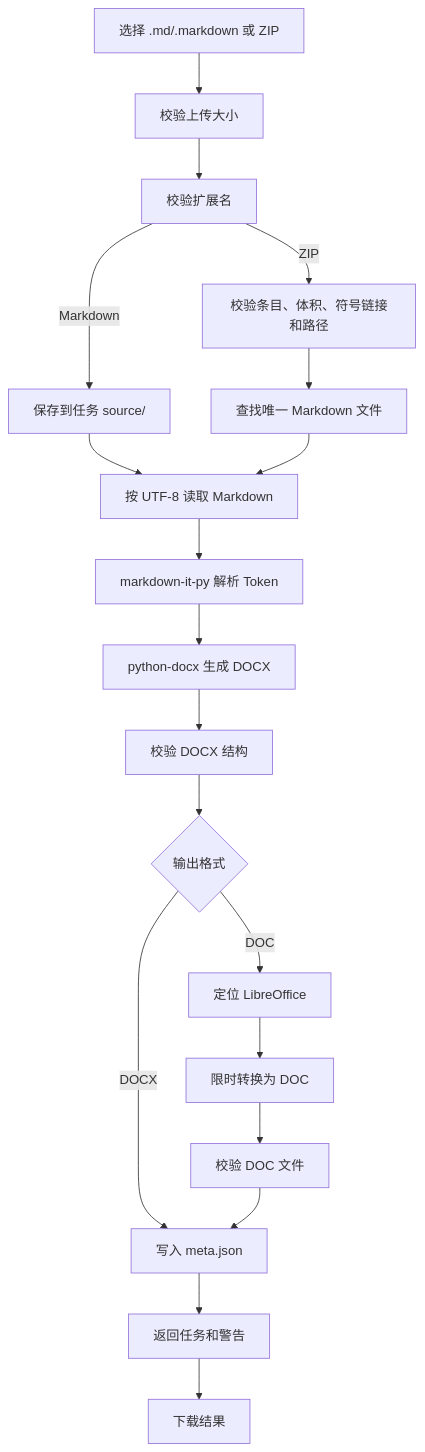
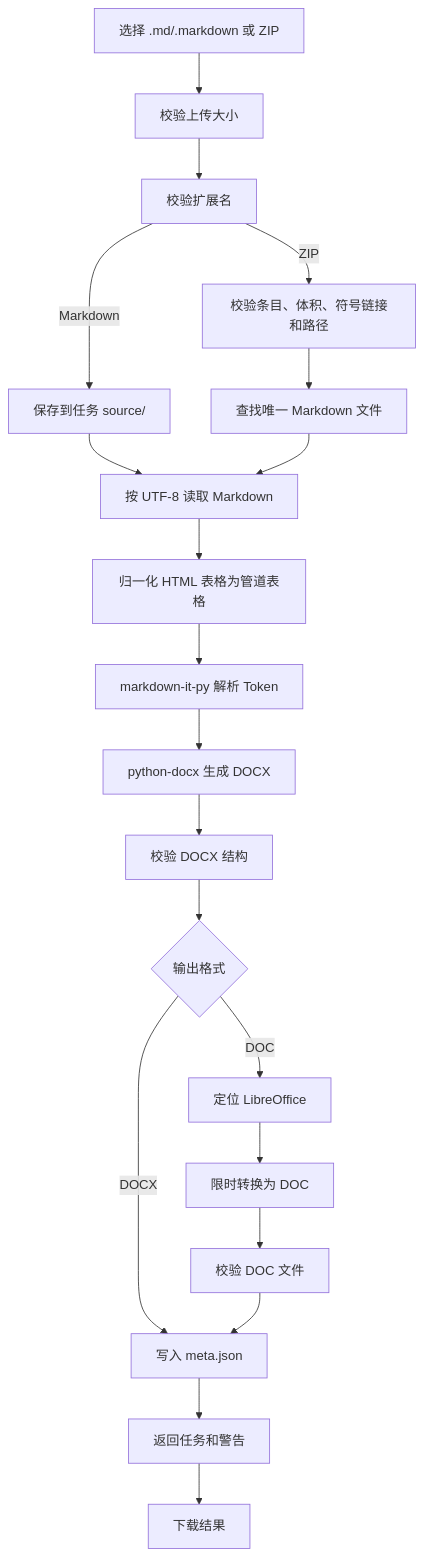
The second of 2 diagrams in doc/模块/Markdown转Word模块开发设计.md (ddll8023/tools), drawn with Mermaid before and after one commit. The commit also changed other lines of this file and 12 other files, not shown here.

First line of the commit message:
feat: PDF 转 Markdown 支持图片下载与 HTML 表格归一化

````diff
--- a/doc/模块/Markdown转Word模块开发设计.md
+++ b/doc/模块/Markdown转Word模块开发设计.md
@@ -160,21 +163,22 @@
 ```mermaid
 flowchart TD
     Start[选择 .md/.markdown 或 ZIP] --> Size[校验上传大小]
     Size --> Type[校验扩展名]
     Type -->|Markdown| SaveMd[保存到任务 source/]
     Type -->|ZIP| ZipCheck[校验条目、体积、符号链接和路径]
     ZipCheck --> FindMd[查找唯一 Markdown 文件]
     SaveMd --> Read[按 UTF-8 读取 Markdown]
     FindMd --> Read
-    Read --> Parse[markdown-it-py 解析 Token]
+    Read --> Normalize[归一化 HTML 表格为管道表格]
+    Normalize --> Parse[markdown-it-py 解析 Token]
     Parse --> Render[python-docx 生成 DOCX]
     Render --> VerifyDocx[校验 DOCX 结构]
     VerifyDocx --> Format{输出格式}
     Format -->|DOCX| Meta[写入 meta.json]
     Format -->|DOC| CheckLO[定位 LibreOffice]
     CheckLO --> ConvertDoc[限时转换为 DOC]
     ConvertDoc --> VerifyDoc[校验 DOC 文件]
     VerifyDoc --> Meta
     Meta --> Result[返回任务和警告]
     Result --> Download[下载结果]
 ```
````
